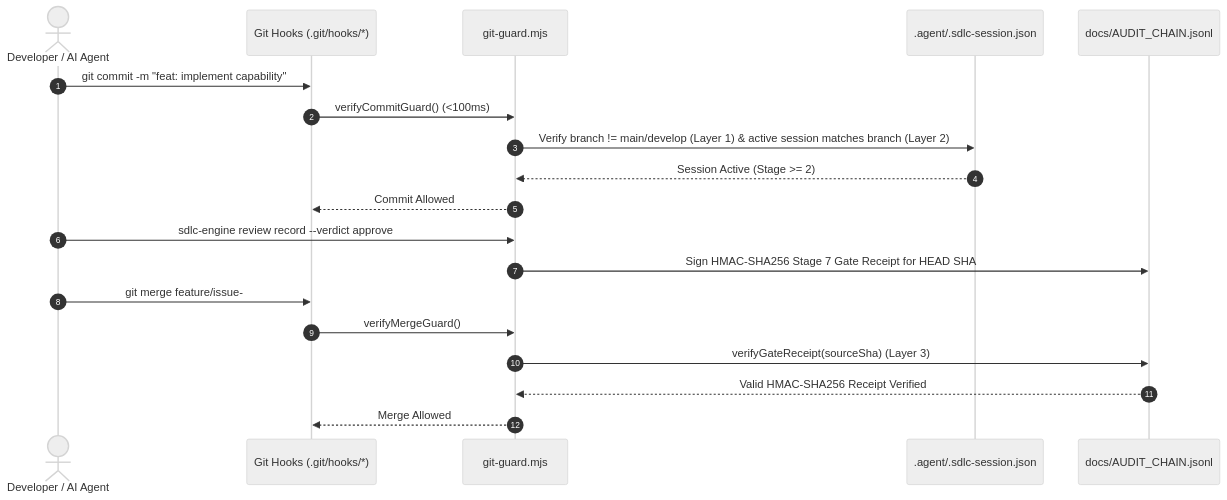
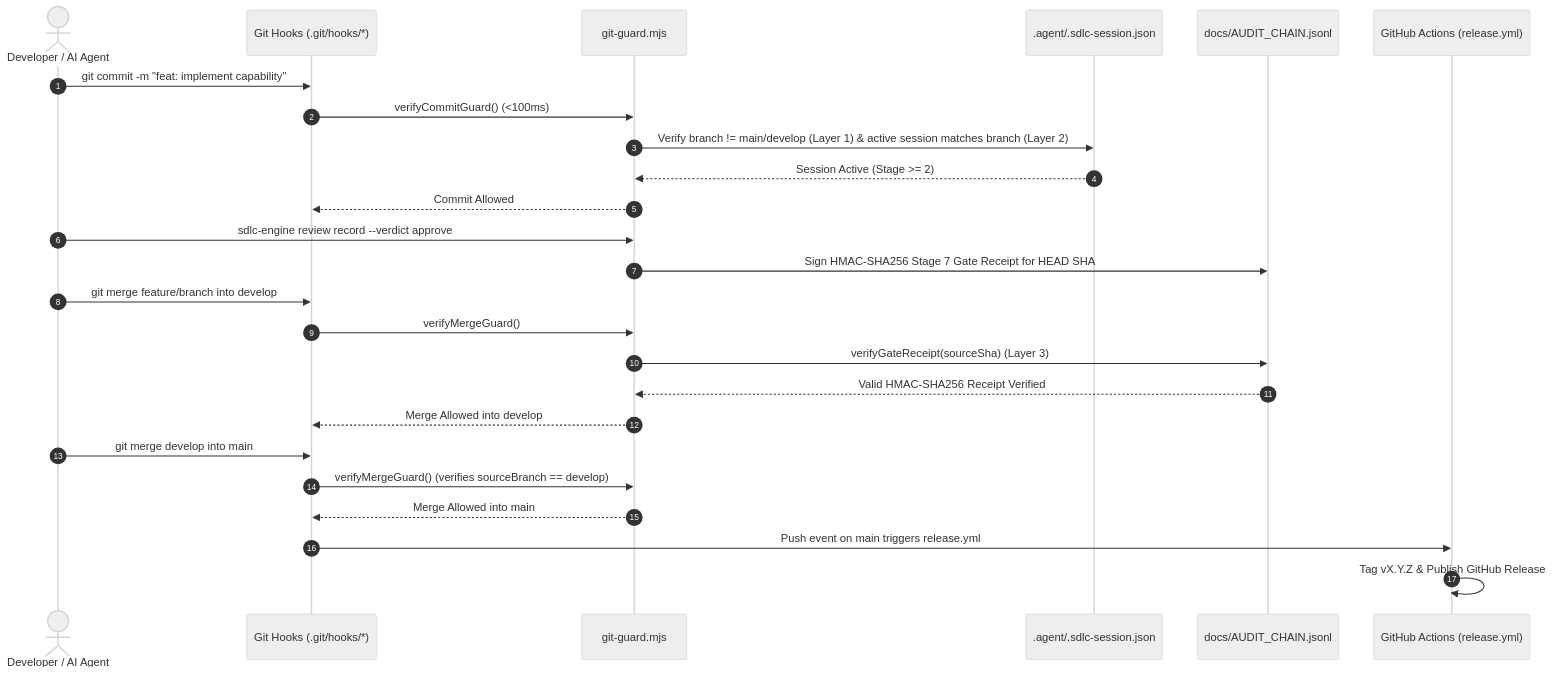
The second of 2 diagrams in wiki/Architecture.md (fmatar/sealit), drawn with Mermaid (neutral theme) before and after one commit. The commit also changed other lines of this file and 42 other files, not shown here.

Commit message:
feat(git-flow): enforce merges to develop, block direct feature PRs to main, and automate releases on develop merge to main

````diff
--- a/wiki/Architecture.md
+++ b/wiki/Architecture.md
@@ -101,24 +104,31 @@
 ```mermaid
 sequenceDiagram
     autonumber
     actor Dev as Developer / AI Agent
     participant Git as Git Hooks (.git/hooks/*)
     participant Guard as git-guard.mjs
     participant Session as .agent/.sdlc-session.json
     participant Ledger as docs/AUDIT_CHAIN.jsonl
+    participant CI as GitHub Actions (release.yml)
 
     Dev->>Git: git commit -m "feat: implement capability"
     Git->>Guard: verifyCommitGuard() (<100ms)
     Guard->>Session: Verify branch != main/develop (Layer 1) & active session matches branch (Layer 2)
     Session-->>Guard: Session Active (Stage >= 2)
     Guard-->>Git: Commit Allowed
 
     Dev->>Guard: sdlc-engine review record --verdict approve
     Guard->>Ledger: Sign HMAC-SHA256 Stage 7 Gate Receipt for HEAD SHA
 
-    Dev->>Git: git merge feature/issue-#ID into main
+    Dev->>Git: git merge feature/branch into develop
     Git->>Guard: verifyMergeGuard()
     Guard->>Ledger: verifyGateReceipt(sourceSha) (Layer 3)
     Ledger-->>Guard: Valid HMAC-SHA256 Receipt Verified
-    Guard-->>Git: Merge Allowed
+    Guard-->>Git: Merge Allowed into develop
+
+    Dev->>Git: git merge develop into main
+    Git->>Guard: verifyMergeGuard() (verifies sourceBranch == develop)
+    Guard-->>Git: Merge Allowed into main
+    Git->>CI: Push event on main triggers release.yml
+    CI->>CI: Tag vX.Y.Z & Publish GitHub Release
 ```
````
